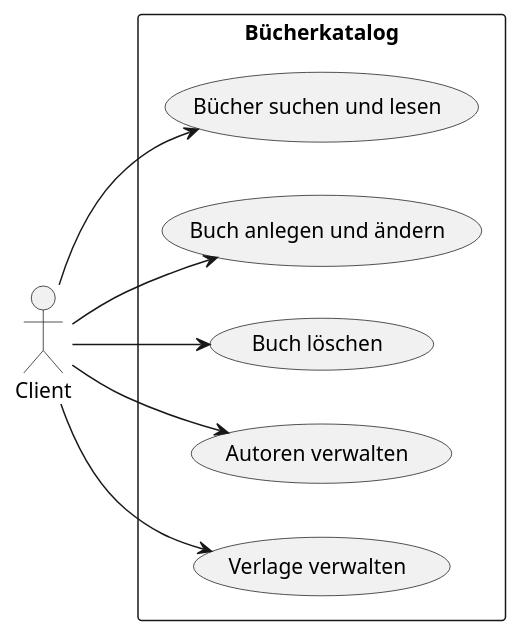
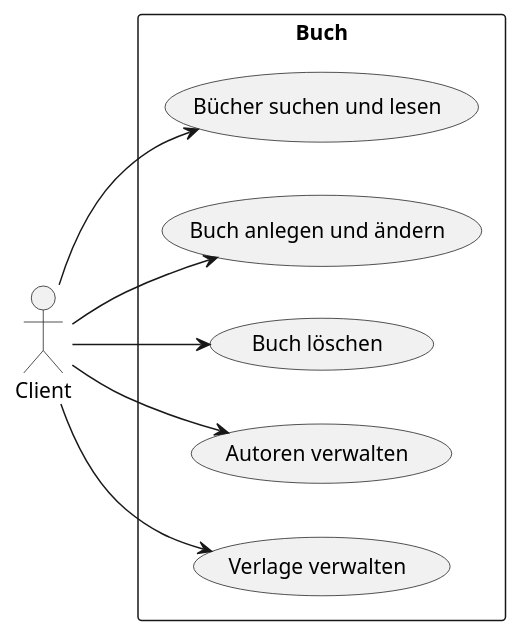
One commit to msgoleli/fastapi changed the diagram in docs/diagramme/src/use-cases.plantuml. Above: the diagram before and after it, drawn with PlantUML. The commit also changed 4 other files, not shown here.

```diff
--- a/docs/diagramme/src/use-cases.plantuml
+++ b/docs/diagramme/src/use-cases.plantuml
@@ -1,11 +1,11 @@
 @startuml Use Cases
 left to right direction
 actor Client
-rectangle "Bücherkatalog" {
+rectangle "Buch" {
   Client --> (Bücher suchen und lesen)
   Client --> (Buch anlegen und ändern)
   Client --> (Buch löschen)
   Client --> (Autoren verwalten)
   Client --> (Verlage verwalten)
 }
 @enduml
```
